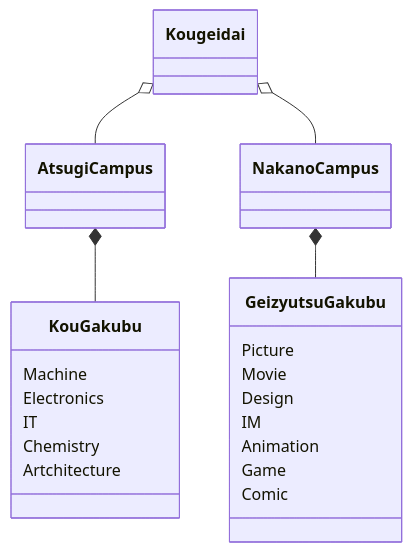
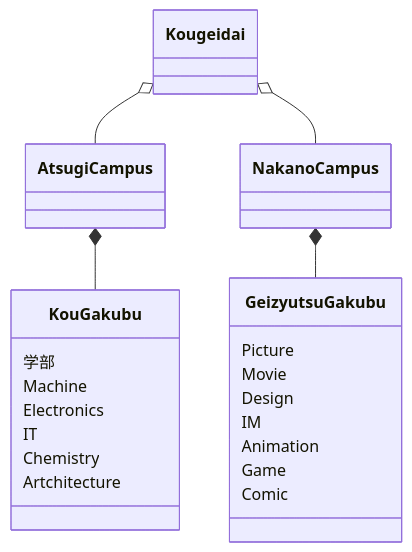
One commit to tpu-game-2022/mermaid_test changed the third of 3 diagrams in README.md. Above: the diagram before and after it, drawn with Mermaid.

````diff
--- a/README.md
+++ b/README.md
@@ -85,19 +85,20 @@
 ```mermaid
 classDiagram
 Kougeidai o-- AtsugiCampus
 Kougeidai o-- NakanoCampus
 AtsugiCampus *-- KouGakubu
+KouGakubu:学部
 KouGakubu:Machine
 KouGakubu:Electronics
 KouGakubu:IT
 KouGakubu:Chemistry
 KouGakubu:Artchitecture
 NakanoCampus *-- GeizyutsuGakubu
 GeizyutsuGakubu:Picture
 GeizyutsuGakubu:Movie
 GeizyutsuGakubu:Design
 GeizyutsuGakubu:IM
 GeizyutsuGakubu:Animation
 GeizyutsuGakubu:Game
 GeizyutsuGakubu:Comic
 ```
````
